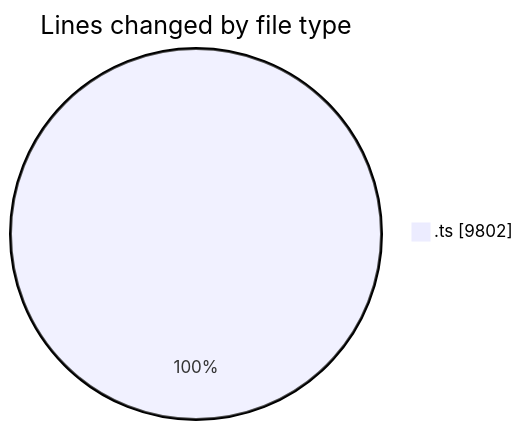
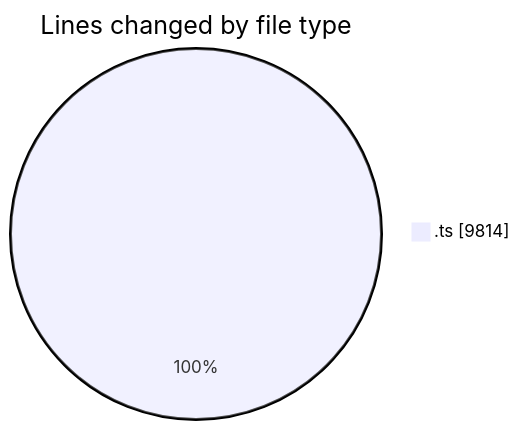
One commit to momahboobian/code-tracking changed the first of 2 diagrams in 2025-09-09/cda/README.md. Above: the diagram before and after it, drawn with Mermaid. The commit also changed other lines of this file and 1 other file, not shown here.

````diff
--- a/2025-09-09/cda/README.md
+++ b/2025-09-09/cda/README.md
@@ -22,5 +22,5 @@
 ```mermaid
 pie showData
 title Lines changed by file type
-".ts" : 9802
+".ts" : 9814
 ```
````
